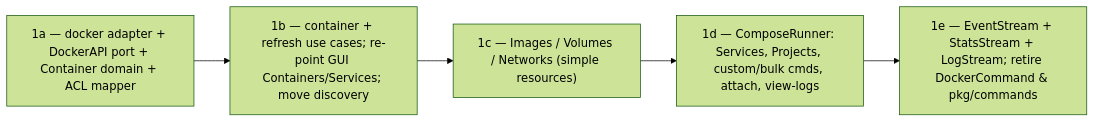
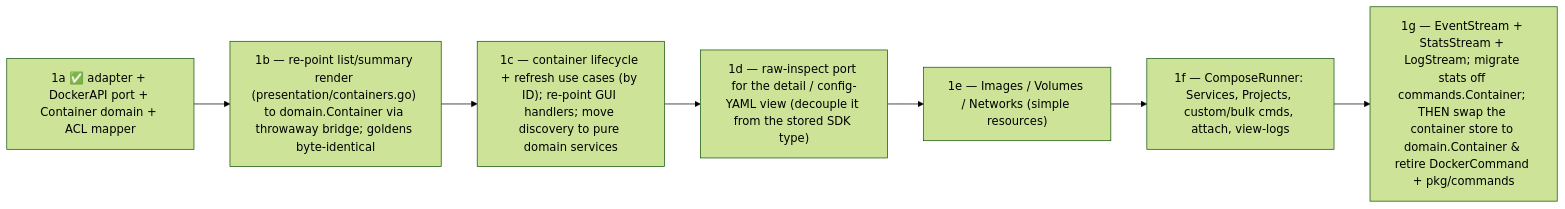
One commit to slav-lukin-axomic/lazydocker changed the second of 2 diagrams in docs/tui-migration-phase1-design.md. Above: the diagram before and after it, drawn with Mermaid (forest theme). The commit also changed other lines of this file, not shown here.

First line of the commit message:
docs: reorder Phase 1 slices after container-vertical coupling scout

````diff
--- a/docs/tui-migration-phase1-design.md
+++ b/docs/tui-migration-phase1-design.md
@@ -249,7 +253,9 @@
 ```mermaid
 graph LR
-    A["1a — docker adapter + DockerAPI port + Container domain + ACL mapper"] --> B["1b — container + refresh use cases; re-point GUI Containers/Services; move discovery"]
-    B --> C["1c — Images / Volumes / Networks (simple resources)"]
-    C --> D["1d — ComposeRunner: Services, Projects, custom/bulk cmds, attach, view-logs"]
-    D --> E["1e — EventStream + StatsStream + LogStream; retire DockerCommand & pkg/commands"]
+    A["1a ✅ adapter + DockerAPI port + Container domain + ACL mapper"] --> B["1b — re-point list/summary render (presentation/containers.go) to domain.Container via throwaway bridge; goldens byte-identical"]
+    B --> C["1c — container lifecycle + refresh use cases (by ID); re-point GUI handlers; move discovery to pure domain services"]
+    C --> D["1d — raw-inspect port for the detail / config-YAML view (decouple it from the stored SDK type)"]
+    D --> E["1e — Images / Volumes / Networks (simple resources)"]
+    E --> F["1f — ComposeRunner: Services, Projects, custom/bulk cmds, attach, view-logs"]
+    F --> G["1g — EventStream + StatsStream + LogStream; migrate stats off commands.Container; THEN swap the container store to domain.Container & retire DockerCommand + pkg/commands"]
 ```
````
